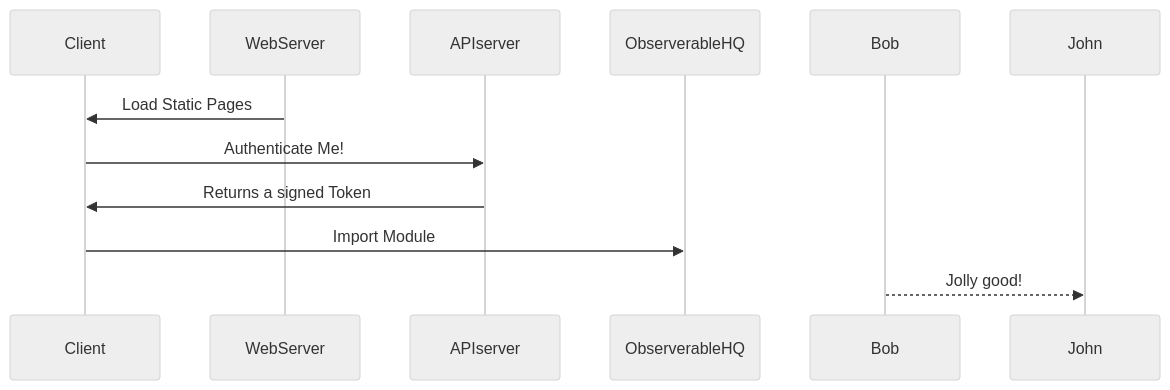
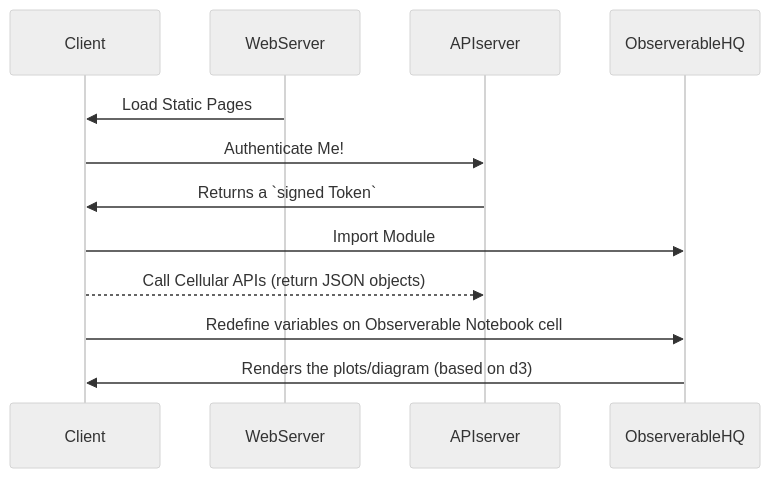
Before and after one commit to wiless/wiless.github.io: the diagram in _tutorial/writingapiservice.md, drawn with Mermaid (neutral theme).

```diff
--- a/_tutorial/writingapiservice.md
+++ b/_tutorial/writingapiservice.md
@@ -13,13 +13,15 @@
 <div class="mermaid">
 sequenceDiagram
     participant Client
     participant WebServer
     participant APIserver    
     participant ObserverableHQ
     WebServer->>Client: Load Static Pages    
     Client->>APIserver: Authenticate Me!    
-    APIserver->>Client: Returns a signed Token
+    APIserver->>Client: Returns a `signed Token`
     Client->>ObserverableHQ: Import Module
-    Bob-->>John: Jolly good!
+    Client-->>APIserver: Call Cellular APIs (return JSON objects)
+    Client->>ObserverableHQ: Redefine variables on Observerable Notebook cell
+    ObserverableHQ->>Client: Renders the plots/diagram (based on d3)    
 
 </div>
```
